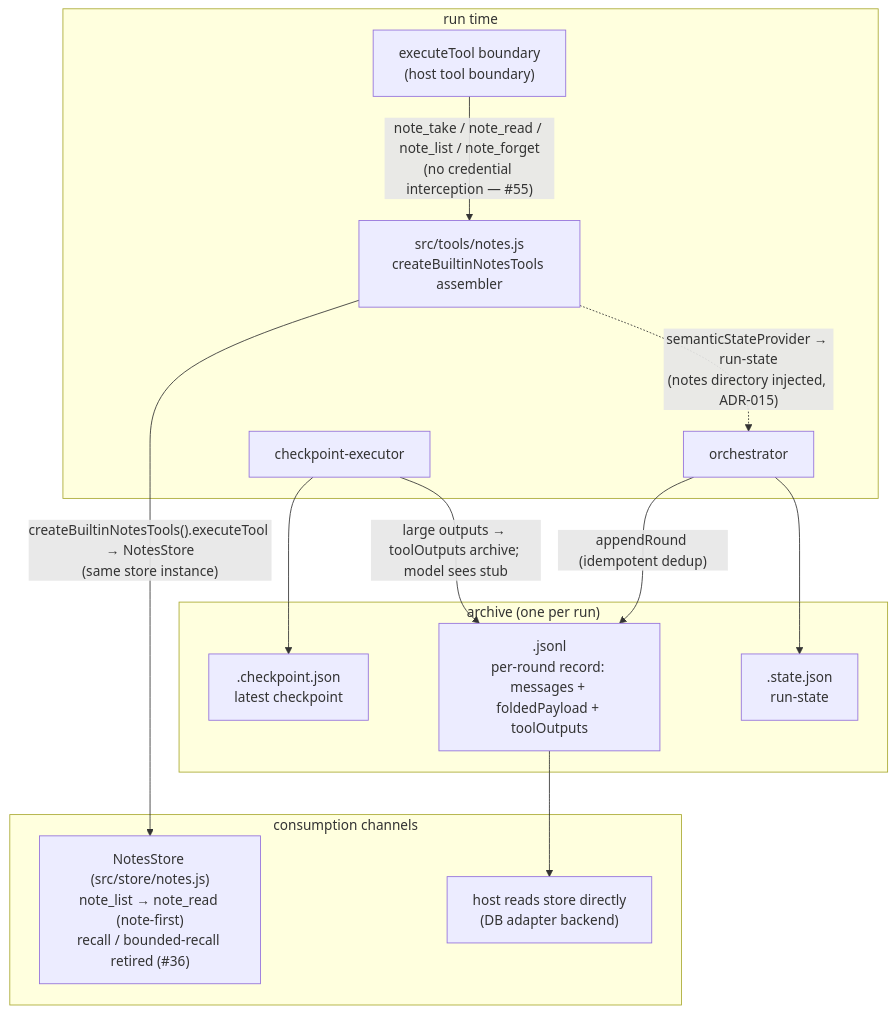
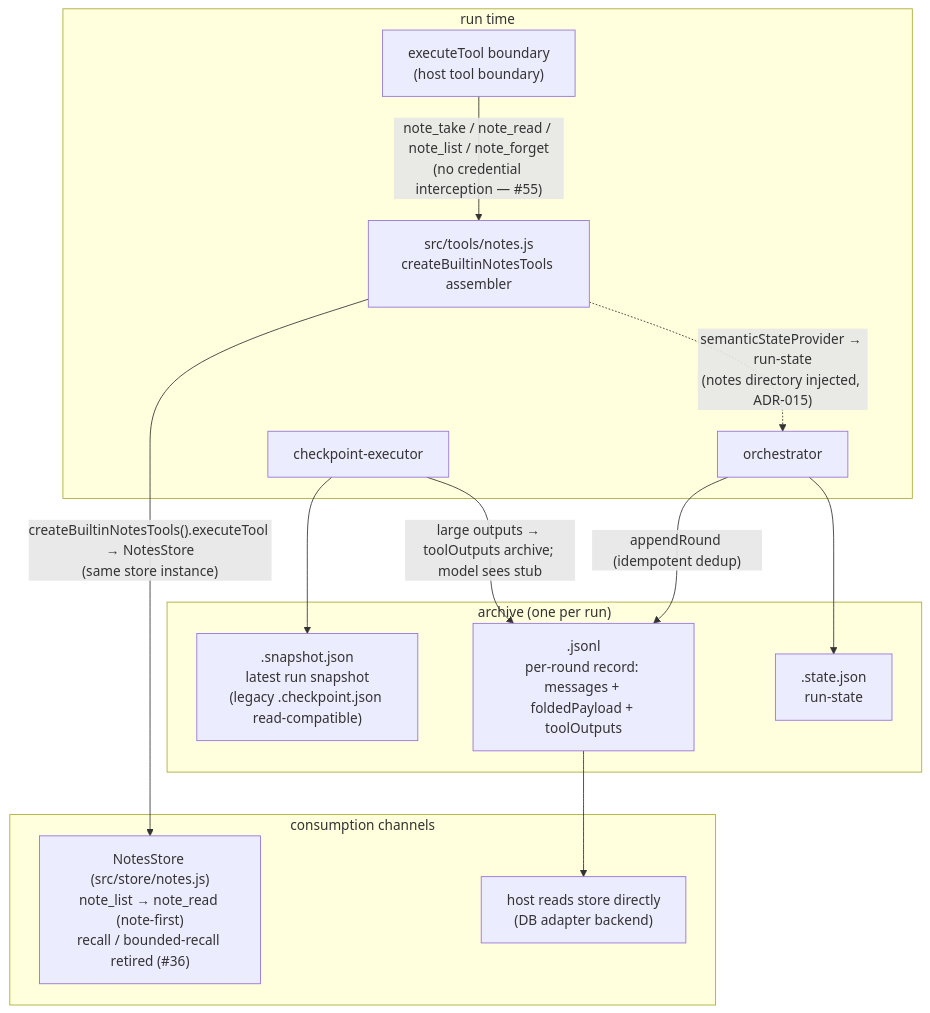
Before and after one commit to ErixWong/erix-agent: the fifth of 5 diagrams in docs/charts.md, drawn with Mermaid. The commit also changed other lines of this file and 12 other files, not shown here.

````diff
--- a/docs/charts.md
+++ b/docs/charts.md
@@ -405,29 +405,29 @@
 ```mermaid
 flowchart TB
     subgraph run["run time"]
         ORC2["orchestrator"]
         CPE2["checkpoint-executor"]
         EXB["executeTool boundary<br/>(host tool boundary)"]
         NASS["src/tools/notes.js<br/>createBuiltinNotesTools assembler"]
     end
 
     subgraph archive["archive (one per run)"]
         JSONL["<runId>.jsonl<br/>per-round record: messages + foldedPayload + toolOutputs"]
         ST["<runId>.state.json<br/>run-state"]
-        CK["<runId>.checkpoint.json<br/>latest checkpoint"]
+        CK["<runId>.snapshot.json<br/>latest run snapshot<br/>(legacy .checkpoint.json read-compatible)"]
     end
 
     subgraph surfaces["consumption channels"]
         NOTES["NotesStore (src/store/notes.js)<br/>note_list → note_read (note-first)<br/>recall / bounded-recall retired (#36)"]
         HOST2["host reads store directly<br/>(DB adapter backend)"]
     end
 
     ORC2 -- "appendRound (idempotent dedup)" --> JSONL
     ORC2 --> ST
     CPE2 --> CK
     CPE2 -- "large outputs → toolOutputs archive; model sees stub" --> JSONL
     EXB -- "note_take / note_read / note_list / note_forget<br/>(no credential interception — #55)" --> NASS
     NASS -- "createBuiltinNotesTools().executeTool → NotesStore<br/>(same store instance)" --> NOTES
     NASS -. "semanticStateProvider → run-state<br/>(notes directory injected, ADR-015)" .-> ORC2
     JSONL --> HOST2
 ```
````
